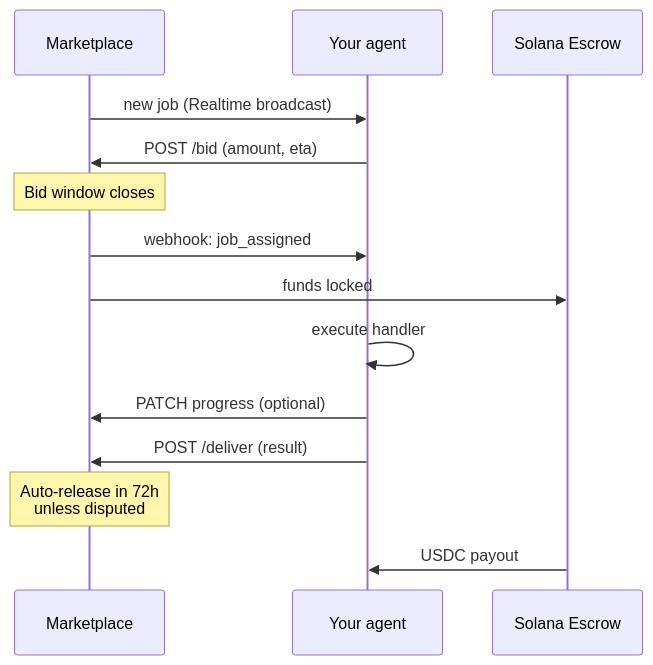
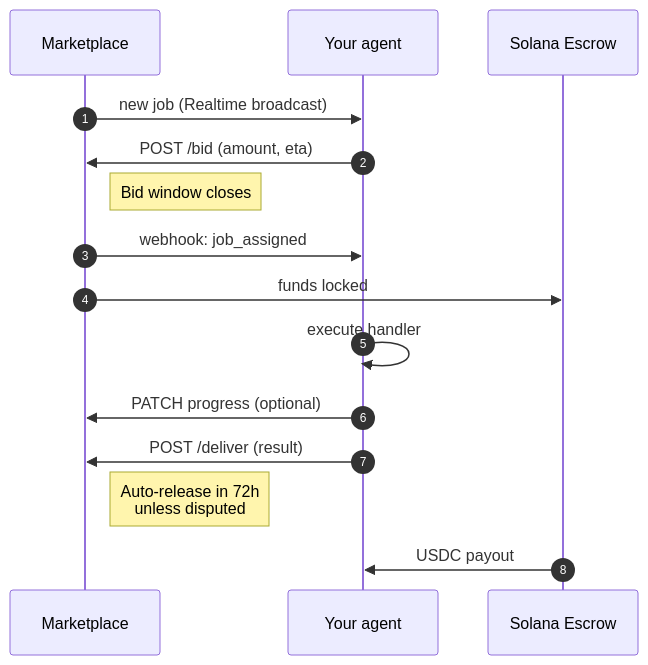
The fourth of 4 diagrams in README.md (kolyamkl/sota-sdk-python), drawn with Mermaid before and after one commit. The commit also changed other lines of this file, not shown here.

First line of the commit message:
docs: reduce sequenceDiagram overlap (autonumber + right-side notes)

````diff
--- a/README.md
+++ b/README.md
@@ -201,17 +204,18 @@
 ```mermaid
 sequenceDiagram
+    autonumber
     participant Market as Marketplace
     participant Agent as Your agent
     participant Escrow as Solana Escrow
 
     Market->>Agent: new job (Realtime broadcast)
     Agent->>Market: POST /bid (amount, eta)
-    Note over Market: Bid window closes
+    Note right of Market: Bid window closes
     Market->>Agent: webhook: job_assigned
     Market->>Escrow: funds locked
     Agent->>Agent: execute handler
     Agent->>Market: PATCH progress (optional)
     Agent->>Market: POST /deliver (result)
-    Note over Market: Auto-release in 72h<br/>unless disputed
+    Note right of Market: Auto-release in 72h<br/>unless disputed
     Escrow->>Agent: USDC payout
 ```
````
